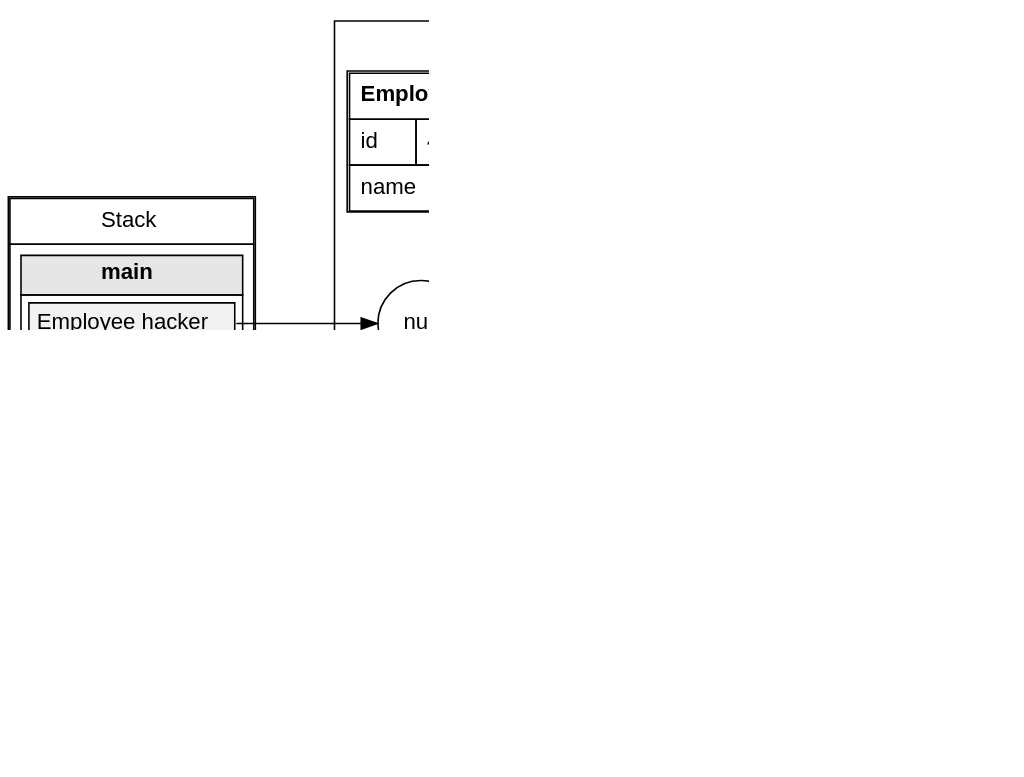
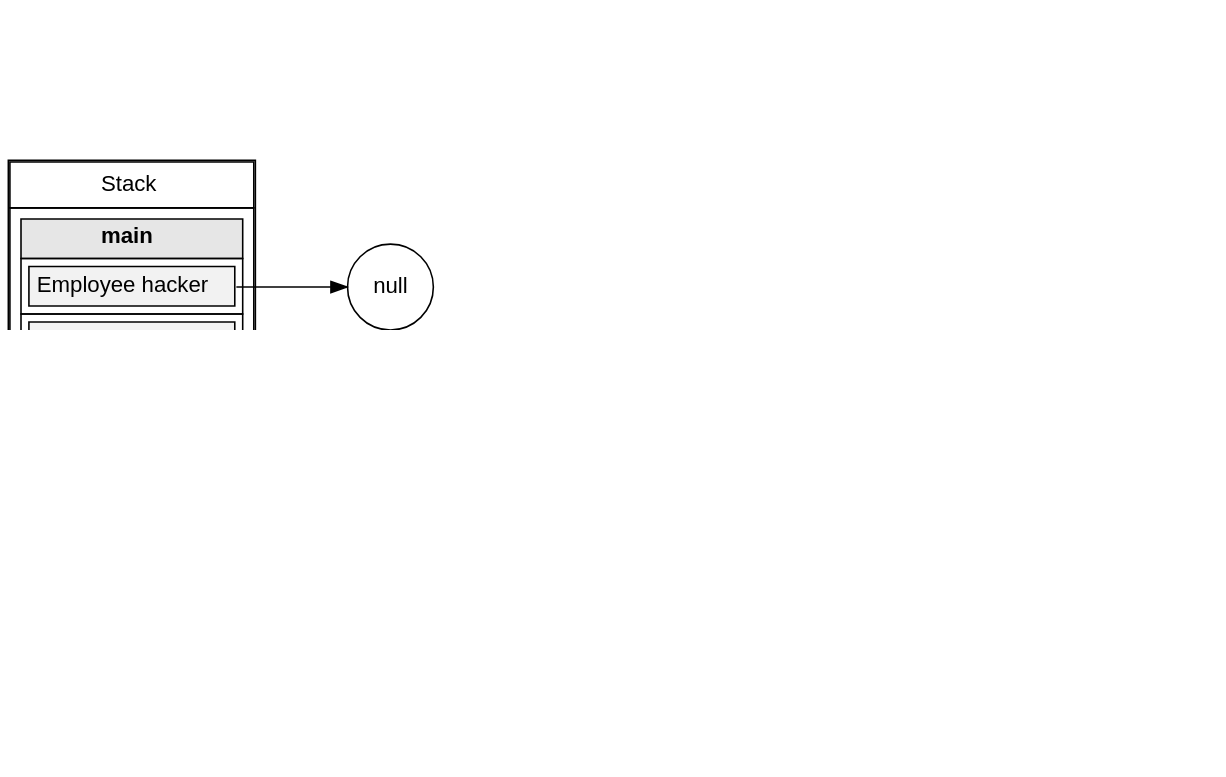
The fourth of 13 diagrams in slides/slides03/src/main/asciidoc/lecture.adoc (inponomarev/java-mipt), drawn with Graphviz before and after one commit. The commit also changed other lines of this file, not shown here.

```diff
--- a/slides/slides03/src/main/asciidoc/lecture.adoc
+++ b/slides/slides03/src/main/asciidoc/lecture.adoc
@@ -669,4 +498,4 @@
-[graphviz,{image-50-width}]
+[graphviz,{image-60-width}]
 -----
 digraph G {
   graph [dpi=180, rankdir="LR", nodesep=0.6, ranksep=0.8, fontname="Helvetica"];
@@ -865,14 +694,15 @@
         </TABLE>
       >
     ];
-    null[shape=circle];
+    null_heap[style=invis];
   }
 
 
-
+ null[shape=circle];
  stack->heap_date[style=invis];
 
   stack:d:e -> null;
+  null -> null_heap[style=invis];
   stack:j:e -> heap_date2:emp:w;
 
   heap_date:name:e -> heap_string:str:w;
```
